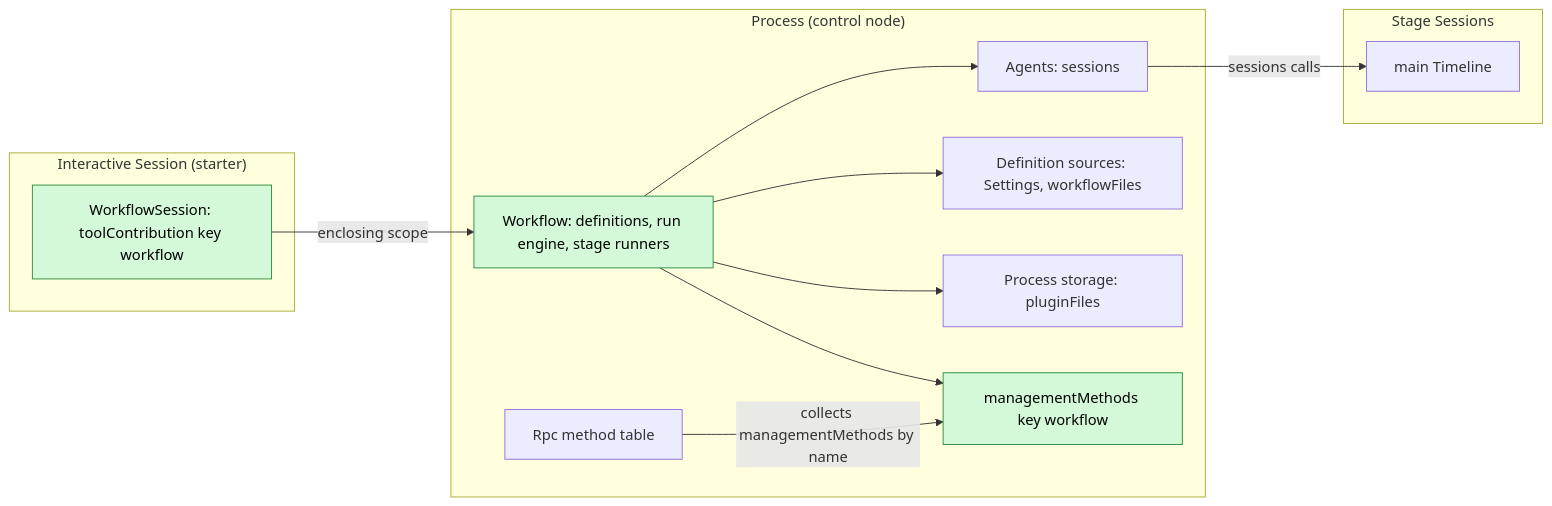
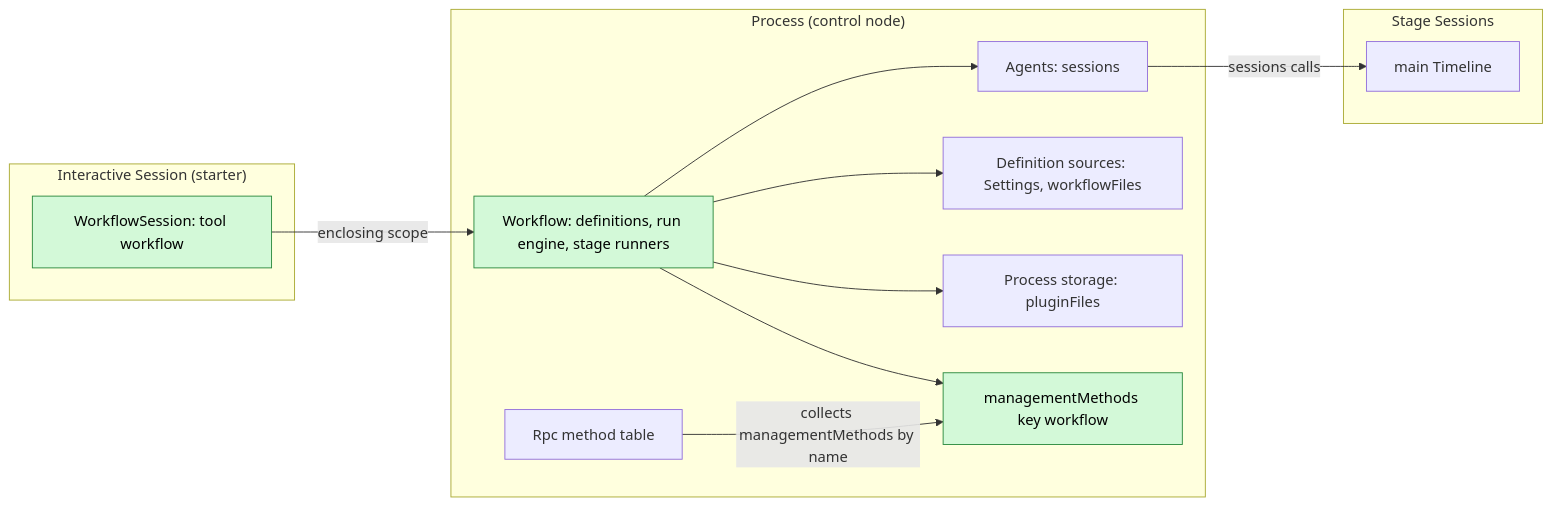
One commit to CoutinhoTTS/dim-agent changed the first of 6 diagrams in docs/design/plugins/Workflow.md. Above: the diagram before and after it, drawn with Mermaid. The commit also changed other lines of this file and 101 other files, not shown here.

````diff
--- a/docs/design/plugins/Workflow.md
+++ b/docs/design/plugins/Workflow.md
@@ -13,26 +13,26 @@
 ```mermaid
 flowchart LR
   subgraph PROC["Process (control node)"]
     WF["Workflow: definitions, run engine, stage runners"]
     MM["managementMethods key workflow"]
     Agents["Agents: sessions"]
     Set["Definition sources: Settings, workflowFiles"]
     Store["Process storage: pluginFiles"]
     Rpc["Rpc method table"]
   end
   subgraph SESS["Interactive Session (starter)"]
-    Tool["WorkflowSession: toolContribution key workflow"]
+    Tool["WorkflowSession: tool workflow"]
   end
   subgraph STG["Stage Sessions"]
     TL["main Timeline"]
   end
   Tool -->|"enclosing scope"| WF
   WF --> Agents
   WF --> Set
   WF --> Store
   WF --> MM
   Rpc -->|"collects managementMethods by name"| MM
   Agents -->|"sessions calls"| TL
   classDef new fill:#d3f9d8,stroke:#2b8a3e,color:#000
   class WF,MM,Tool new
 ```
````
